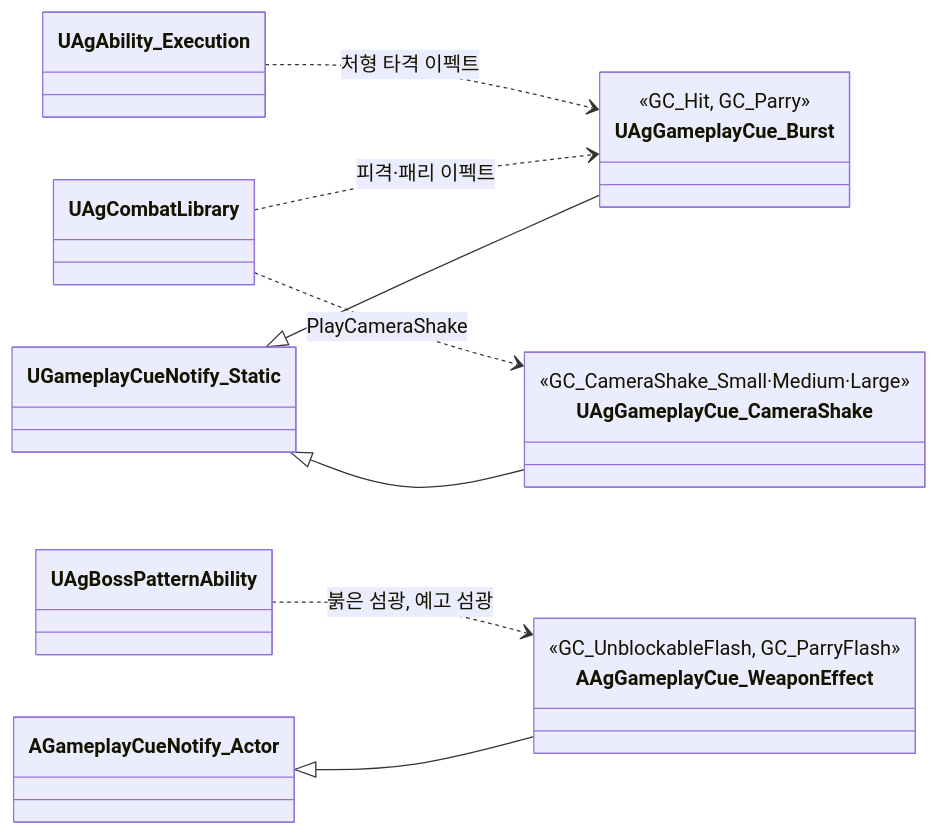
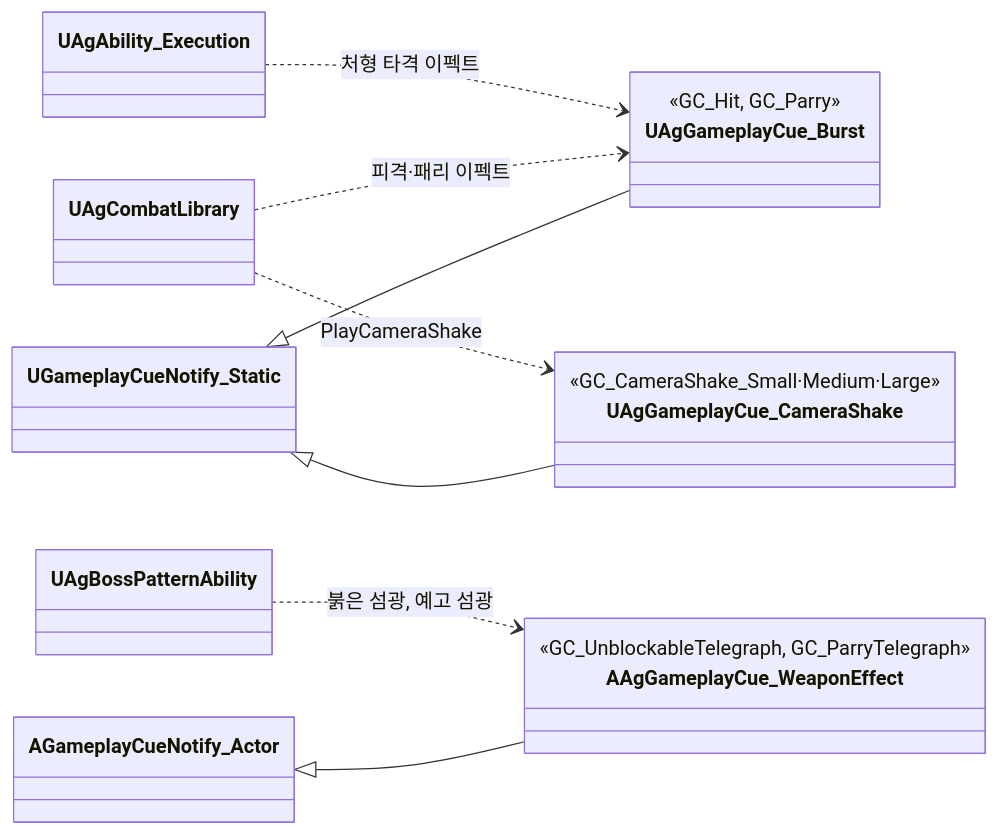
One commit to Woogl/Ag changed the ninth of 19 diagrams in Docs/Program/클래스 구조도.md. Above: the diagram before and after it, drawn with Mermaid. The commit also changed other lines of this file and 36 other files, not shown here.

First line of the commit message:
구현: 피격 반응 '다운'을 '넉다운'(KnockDown)으로, 섬광 영문 표기를 Telegraph로 (용어집, 전투 시스템, 플레이어 사양, 플레이어 입력, 보스 사양, 카메라, 구현 계획서, 데이터 위치표, 클래스 구조도)

````diff
--- a/Docs/Program/클래스 구조도.md
+++ b/Docs/Program/클래스 구조도.md
@@ -340,21 +340,21 @@
 ```mermaid
 classDiagram
     direction LR
     class UAgGameplayCue_Burst {
         <<GC_Hit, GC_Parry>>
     }
     class UAgGameplayCue_CameraShake {
         <<GC_CameraShake_Small·Medium·Large>>
     }
     class AAgGameplayCue_WeaponEffect {
-        <<GC_UnblockableFlash, GC_ParryFlash>>
+        <<GC_UnblockableTelegraph, GC_ParryTelegraph>>
     }
     UGameplayCueNotify_Static <|-- UAgGameplayCue_Burst
     UGameplayCueNotify_Static <|-- UAgGameplayCue_CameraShake
     AGameplayCueNotify_Actor <|-- AAgGameplayCue_WeaponEffect
 
     UAgCombatLibrary ..> UAgGameplayCue_Burst : 피격·패리 이펙트
     UAgCombatLibrary ..> UAgGameplayCue_CameraShake : PlayCameraShake
     UAgAbility_Execution ..> UAgGameplayCue_Burst : 처형 타격 이펙트
     UAgBossPatternAbility ..> AAgGameplayCue_WeaponEffect : 붉은 섬광, 예고 섬광
 ```
````
